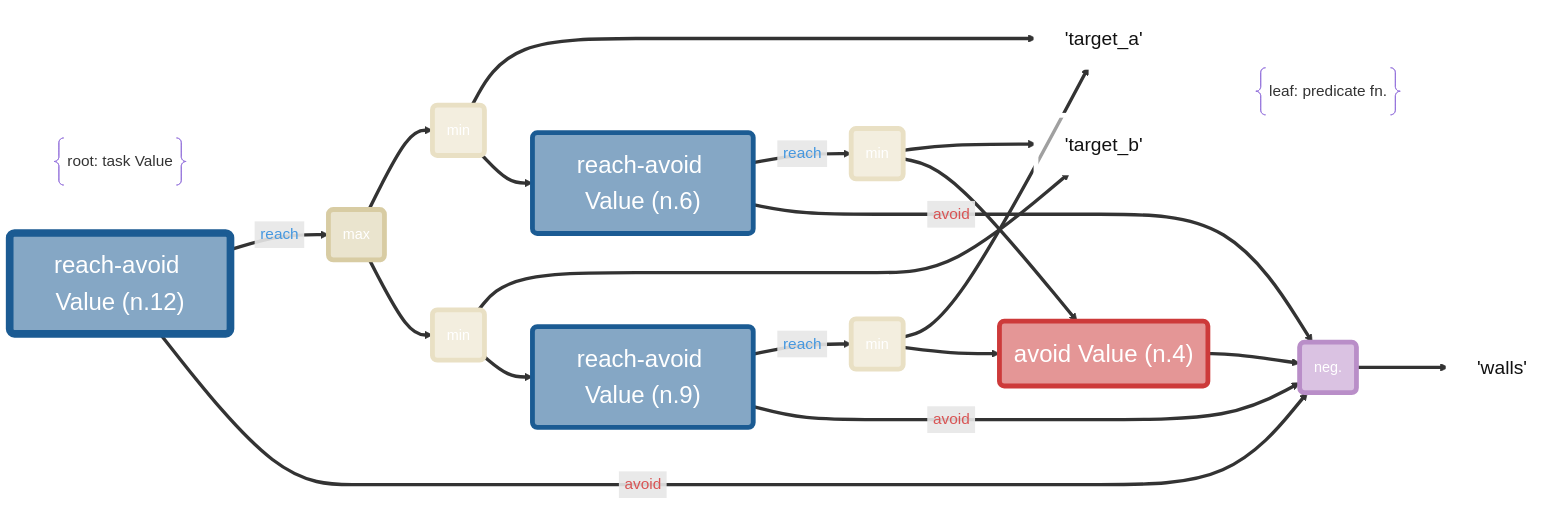
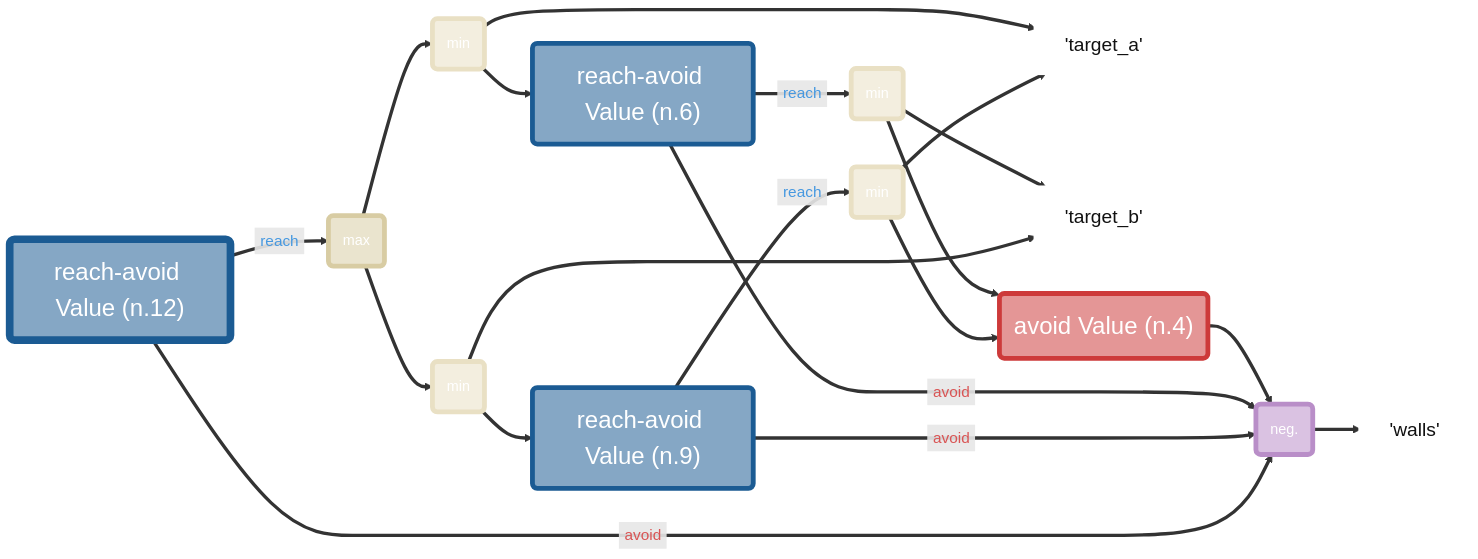
One commit to willsharpless/valtr changed the diagram in README.md. Above: the diagram before and after it, drawn with Mermaid. The commit also changed 3 other files, not shown here.

````diff
--- a/README.md
+++ b/README.md
@@ -10,69 +10,59 @@
 ```mermaid
-%%{init: {"theme":"base","htmlLabels":true,"flowchart":{"padding":8},"themeVariables":{"background":"#FFFFFF00","fontFamily":"JetBrains Mono, Roboto Mono, Menlo, Consolas, monospace","edgeLabelBackground":"#FFFFFF","lineColor":"#2c3e50","defaultLinkColor":"#2c3e50"},"themeCSS":".edgeLabel rect { fill: #FFFFFF !important; stroke: #2c3e50 !important; stroke-width: 1px !important; rx: 999px; ry: 999px; } .edgeLabel span, .edgeLabel p { background: transparent !important; } .edgeLabel foreignObject { background: transparent !important; } .labelBkg { fill: #FFFFFF !important; } .flowchart-link, .edgePath path, .edge-thickness-normal, .edge-thickness-thick { stroke: #2c3e50 !important; stroke-width: 2.25px !important; fill: none !important; } .arrowheadPath { stroke: #2c3e50 !important; stroke-width: 2.25px !important; fill: #2c3e50 !important; } svg { background-color: transparent; }"}%%
+%%{init: {"theme":"base","htmlLabels":true,"flowchart":{"padding":8,"diagramPadding":48},"themeVariables":{"background":"#FFFFFF00","fontFamily":"JetBrains Mono, Roboto Mono, Menlo, Consolas, monospace","edgeLabelBackground":"#FFFFFF","lineColor":"#2c3e50","defaultLinkColor":"#2c3e50"},"themeCSS":".edgeLabel rect { fill: #FFFFFF !important; stroke: #2c3e50 !important; stroke-width: 1px !important; rx: 999px; ry: 999px; } .edgeLabel span, .edgeLabel p { background: transparent !important; } .edgeLabel foreignObject { background: transparent !important; } .labelBkg { fill: #FFFFFF !important; } .flowchart-link, .edgePath path, .edge-thickness-normal, .edge-thickness-thick { stroke: #2c3e50 !important; stroke-width: 2.25px !important; fill: none !important; } .arrowheadPath { stroke: #2c3e50 !important; stroke-width: 2.25px !important; fill: #2c3e50 !important; } svg { background-color: transparent; }"}%%
 flowchart LR
-    n14@{ shape: braces, label: "root: task Value" }
     n0@{ shape: rectangle, label: "'target_a'" }
     n1@{ shape: rectangle, label: "'target_b'" }
     n2@{ shape: rectangle, label: "'walls'" }
     n3@{ shape: rounded, label: "neg." }
     n4@{ shape: rounded, label: "avoid Value (n.4)" }
     n5@{ shape: rounded, label: "min" }
     n6@{ shape: rounded, label: "reach-avoid Value (n.6)" }
     n7@{ shape: rounded, label: "min" }
     n8@{ shape: rounded, label: "min" }
     n9@{ shape: rounded, label: "reach-avoid Value (n.9)" }
     n10@{ shape: rounded, label: "min" }
     n11@{ shape: rounded, label: "max" }
     n12@{ shape: rounded, label: "reach-avoid Value (n.12)" }
-    n15@{ shape: braces, label: "leaf: predicate fn." }
-    n16@{ shape: braces, label: "" }
-    n17@{ shape: braces, label: "" }
-    n17@{ shape: braces, label: "" }
     n3 ==> n2
     n4 ==> n3
     n5 ==> n1
     n5 ==> n4
     n6 ==>|<span style="display:inline-block;padding:2px 6px;border-radius:999px;background:#FFFFFFF5;border:1px solid #86AECBF5;color:#4698E0 !important;opacity:1;">reach</span>| n5
     n6 ==>|<span style="display:inline-block;padding:2px 6px;border-radius:999px;background:#F7DDDDF5;border:1px solid #D99898F5;color:#D95454 !important;opacity:1;">avoid</span>| n3
     n7 ==> n0
     n7 ==> n6
     n8 ==> n0
     n8 ==> n4
     n9 ==>|<span style="display:inline-block;padding:2px 6px;border-radius:999px;background:#FFFFFFF5;border:1px solid #86AECBF5;color:#4698E0 !important;opacity:1;">reach</span>| n8
     n9 ==>|<span style="display:inline-block;padding:2px 6px;border-radius:999px;background:#F7DDDDF5;border:1px solid #D99898F5;color:#D95454 !important;opacity:1;">avoid</span>| n3
     n10 ==> n1
     n10 ==> n9
     n11 ==> n7
     n11 ==> n10
     n12 ==>|<span style="display:inline-block;padding:2px 6px;border-radius:999px;background:#FFFFFFF5;border:1px solid #86AECBF5;color:#4698E0 !important;opacity:1;">reach</span>| n11
     n12 ==>|<span style="display:inline-block;padding:2px 6px;border-radius:999px;background:#F7DDDDF5;border:1px solid #D99898F5;color:#D95454 !important;opacity:1;">avoid</span>| n3
-    n0 ~~~ n15
-    n1 ~~~ n15
     class n0 var;
     class n1 var;
     class n2 var;
     class n3 negate;
     class n4 avoid;
     class n5 min;
     class n6 reachavoid;
     class n7 min;
     class n8 min;
     class n9 reachavoid;
     class n10 min;
     class n11 max;
     class n12 reachavoid;
-    class n17 hidden
-    class n16 hidden
     classDef const fill:#95a5a688,stroke:#95a5a6,color:#111111,stroke-width:5px,font-size:25px;
     classDef var fill:#FFFFFF88,stroke:#FFFFFF,color:#111111,stroke-width:5px,font-size:20px;
     classDef min fill:#E9E0C488,stroke:#E9E0C4,color:#FFFFFF,stroke-width:5px,font-size:15px;
     classDef max fill:#D8CCA388,stroke:#D8CCA3,color:#FFFFFF,stroke-width:5px,font-size:15px;
     classDef reachavoid fill:#1B5B9388,stroke:#1B5B93,color:#FFFFFF,stroke-width:5px,font-size:25px;
     classDef avoid fill:#CD3A3A88,stroke:#CD3A3A,color:#FFFFFF,stroke-width:5px,font-size:25px;
     classDef reach fill:#1B5B9388,stroke:#1B5B93,color:#FFFFFF,stroke-width:5px,font-size:25px;
     classDef gu fill:#3AA65588,stroke:#3AA655,color:#111111,stroke-width:5px,font-size:25px;
     classDef gumin fill:#3AA65588,stroke:#3AA655,color:#111111,stroke-width:5px,font-size:25px;
     classDef negate fill:#B98EC888,stroke:#B98EC8,color:#FFFFFF,stroke-width:5px,font-size:15px;
-    classDef hidden display: none;
     style n12 stroke:#1B5B93,stroke-width:8px;
 ```
````
